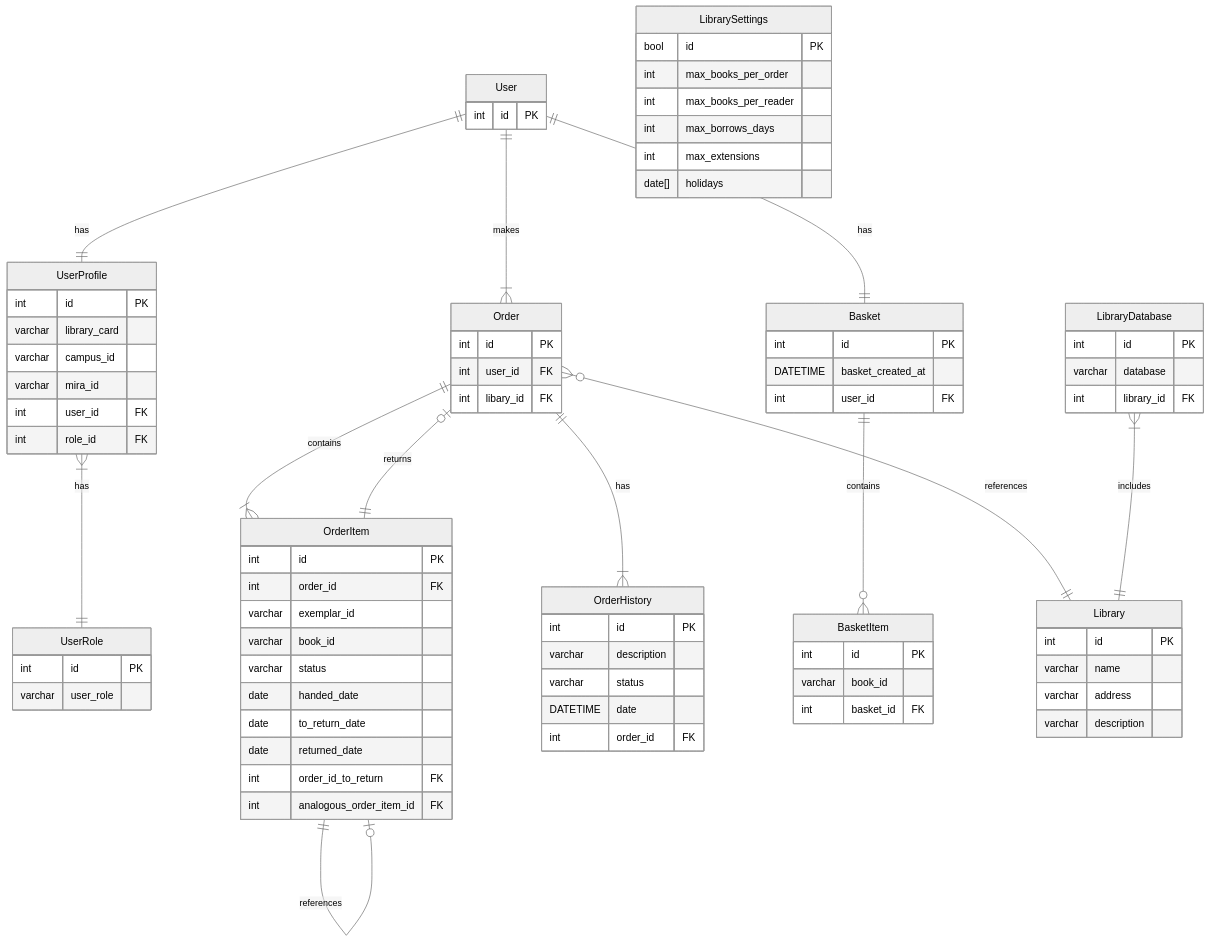
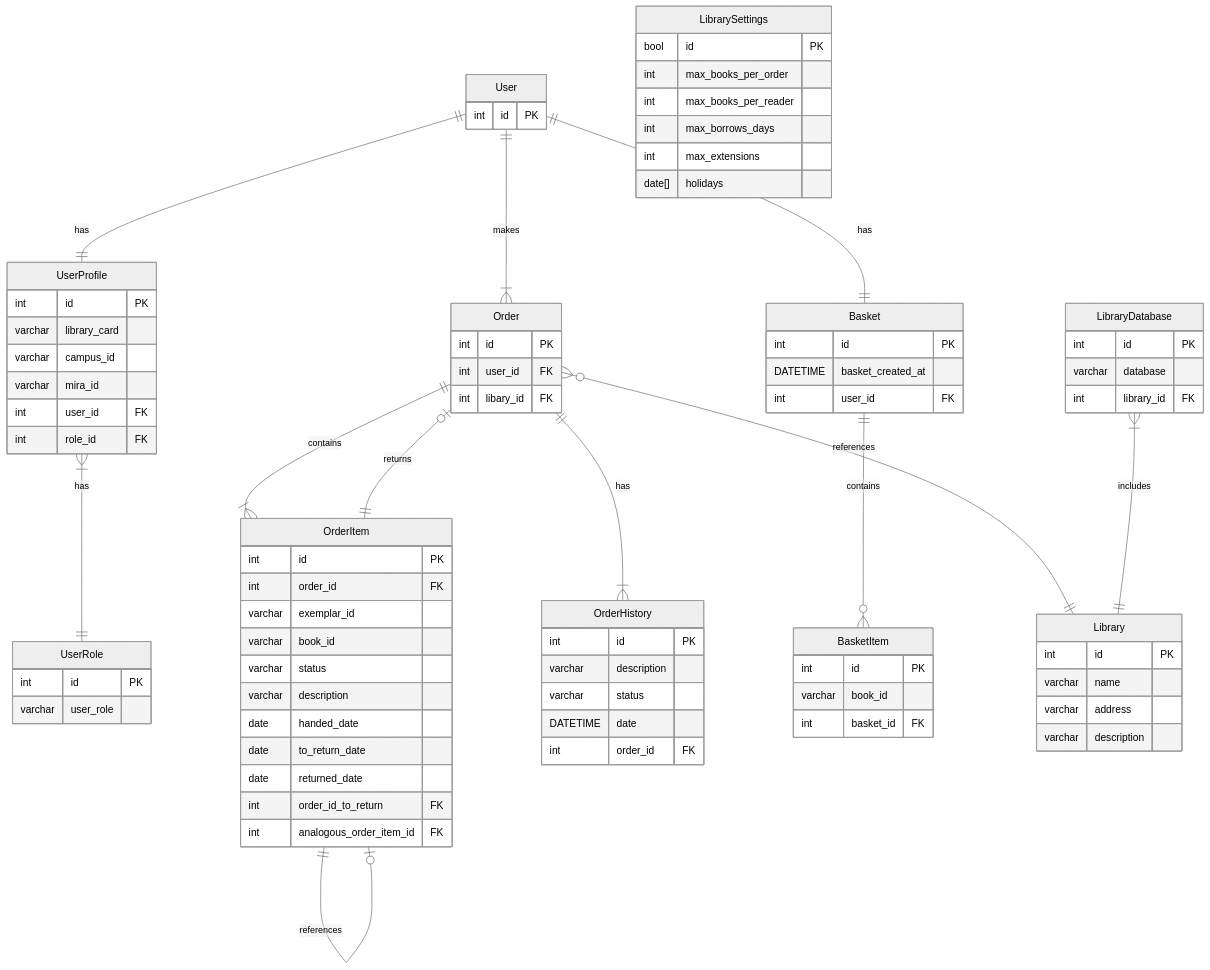
Before and after one commit to nnn1ki/library-online: the second of 2 diagrams in README.md, drawn with Mermaid (neutral theme). The commit also changed 1 other file, not shown here.

Commit message:
Add API for reasons of cancel and unfound and API for check order books

```diff
--- a/README.md
+++ b/README.md
@@ -94,6 +94,7 @@
         varchar exemplar_id
         varchar book_id
         varchar status
+        varchar description
         date handed_date
         date to_return_date
         date returned_date
```
